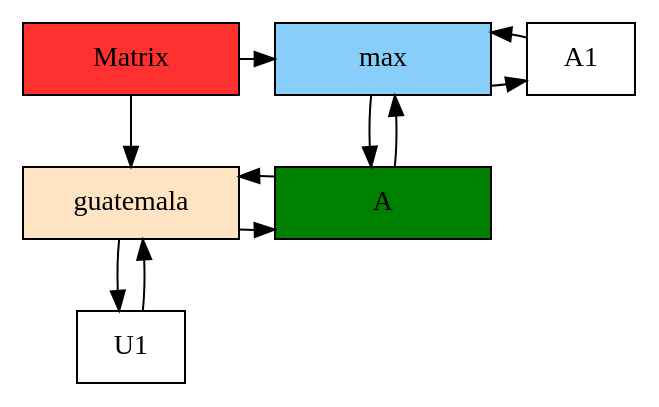
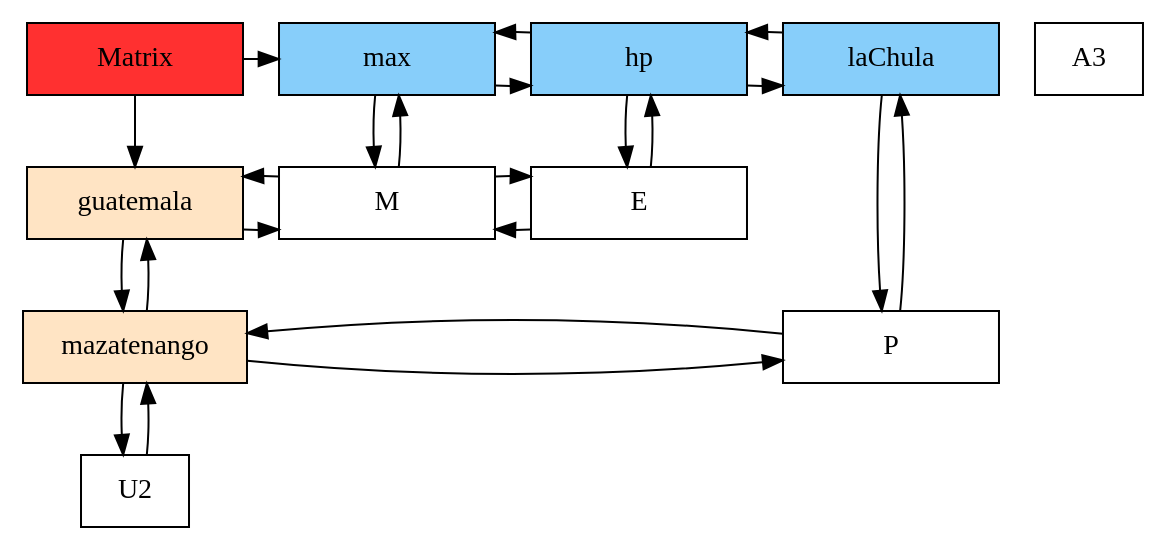
Before and after one commit to MEFM/SistemaDeRentas: the diagram in Matriz.dot, drawn with Graphviz. The commit also changed 26 other files, not shown here.

```diff
--- a/Matriz.dot
+++ b/Matriz.dot
@@ -1,29 +1,49 @@
 digraph a{
 node[shape=box];
-C01066848[ label = "Matrix", width = 1.5, style = filled, fillcolor = firebrick1, group = 1 ];
+C00716610[ label = "Matrix", width = 1.5, style = filled, fillcolor = firebrick1, group = 1 ];
 U0 [label = "guatemala"    pos = "5.3, 3.5!" width = 1.5 style = filled, fillcolor = bisque1, group = 1 ];
-C01066848->U0
+U1 [label = "mazatenango"    pos = "5.3, 3.5!" width = 1.5 style = filled, fillcolor = bisque1, group = 1 ];
+C00716610->U0
 U0-> U1
 U1-> U0
+U1-> U2
+U2-> U1
 
 
 A0 [label = max   width = 1.5 style = filled, fillcolor = lightskyblue, group = 2 ];
-C01066848->A0
+A1 [label = hp   width = 1.5 style = filled, fillcolor = lightskyblue, group = 3 ];
+A2 [label = laChula   width = 1.5 style = filled, fillcolor = lightskyblue, group = 4 ];
+C00716610->A0
 A0-> A1
 A1-> A0
+A1-> A2
+A2-> A1
 {rank = same;
-C01066848;
+C00716610;
 A0;
 A1;
+A2;
+A3;
 }
 
 
-N0[label ="A" width = 1.5,style = filled, fillcolor = green, group =2];
+N0[label ="M" width = 1.5, group =2];
+N1[label ="E" width = 1.5, group =3];
+N2[label ="P" width = 1.5, group =4];
 
 U0->N0;
 N0->U0;
 A0->N0;
 N0->A0;
+N1->N0;
+N0->N1;
+A1->N1;
+N1->A1;
+U1->N2;
+N2->U1;
+A2->N2;
+N2->A2;
 
-{rank = same;U0;N0;}
+{rank = same;U0;N0;N1;}
+{rank = same;U1;N2;}
 }
```
